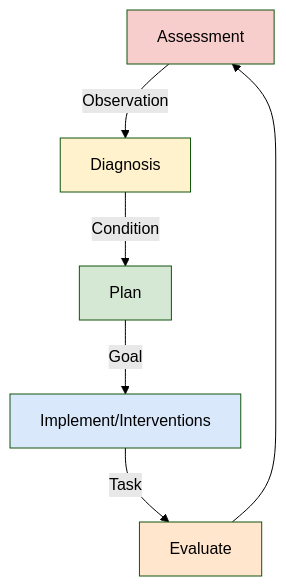
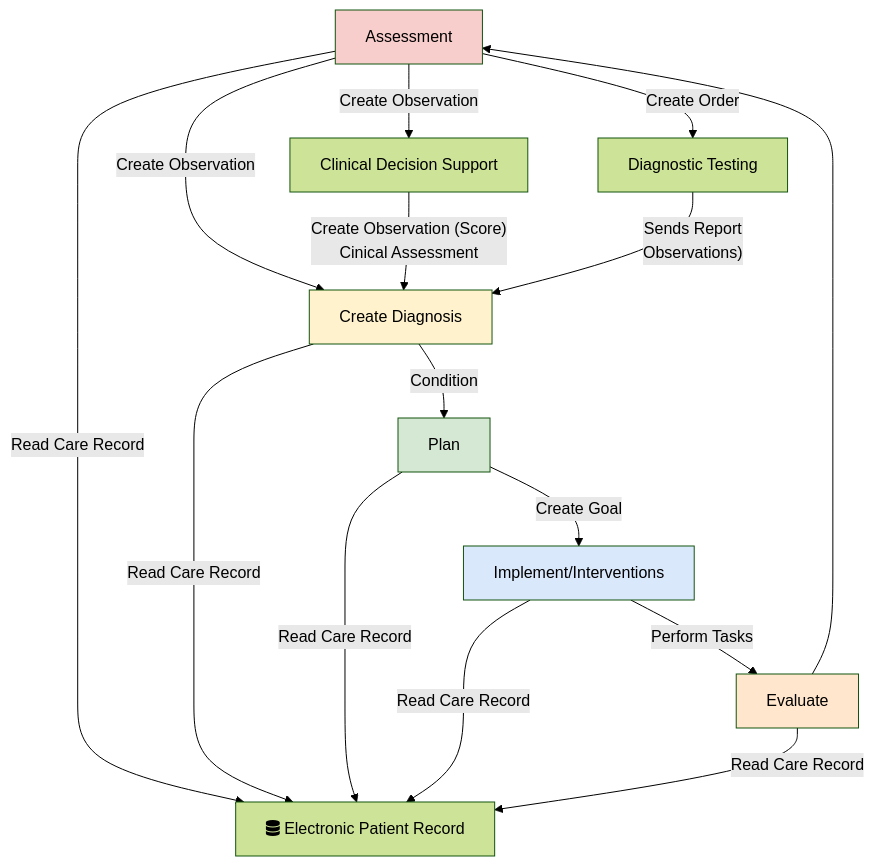
The diagram in input/pagecontent/index.md (Virtually-Healthcare/virtually-healthcare.github.com), drawn with Mermaid (forest theme) before and after one commit. The commit also changed other lines of this file and 1 other file, not shown here.

Commit message:
Mermaid diagram

````diff
--- a/input/pagecontent/index.md
+++ b/input/pagecontent/index.md
@@ -7,20 +7,32 @@
 ```mermaid
 graph TD;
-    A[Assessment]-->|Observation| B;
-    B[Diagnosis]-->|Condition| C;
-    C[Plan]-->|Goal| D;
-    D[Implement/Interventions]-->|Task| E;
-    E[Evaluate]-->A;
+    Assessment[Assessment]-->|Create Observation| Diagnosis;
+    Assessment --> |Create Observation| ClinicalDecisionSupport
+    Assessment --> |Create Order| DiagnosticTesting
+
+    ClinicalDecisionSupport[Clinical Decision Support]  --> |"Create Observation (Score)<br/>Cinical Assessment"| Diagnosis
+    DiagnosticTesting[Diagnostic Testing] --> |"Sends Report <br/> Observations)"| Diagnosis
+    Diagnosis[Create Diagnosis]-->|Condition| Plan;
+    Plan -->|Create Goal| Implement;
+    Implement[Implement/Interventions]-->|Perform Tasks| Evaluate;
+    Evaluate[Evaluate]-->Assessment;
+
+    EPR[fas:fa-database Electronic Patient Record] 
+    Assessment --> |Read Care Record| EPR
+    Diagnosis --> |Read Care Record| EPR
+    Plan --> |Read Care Record| EPR
+    Implement --> |Read Care Record| EPR
+    Evaluate --> |Read Care Record| EPR
     
     classDef yellow fill:#FFF2CC;
     classDef pink fill:#F8CECC
     classDef green fill:#D5E8D4;
     classDef blue fill:#DAE8FC;
     classDef orange fill:#FFE6CC;
 
-    class A pink
-    class B yellow
-    class C green
-    class D blue
-    class E orange
+    class Assessment pink
+    class Diagnosis yellow
+    class Plan green
+    class Implement blue
+    class Evaluate orange
 ```
````
